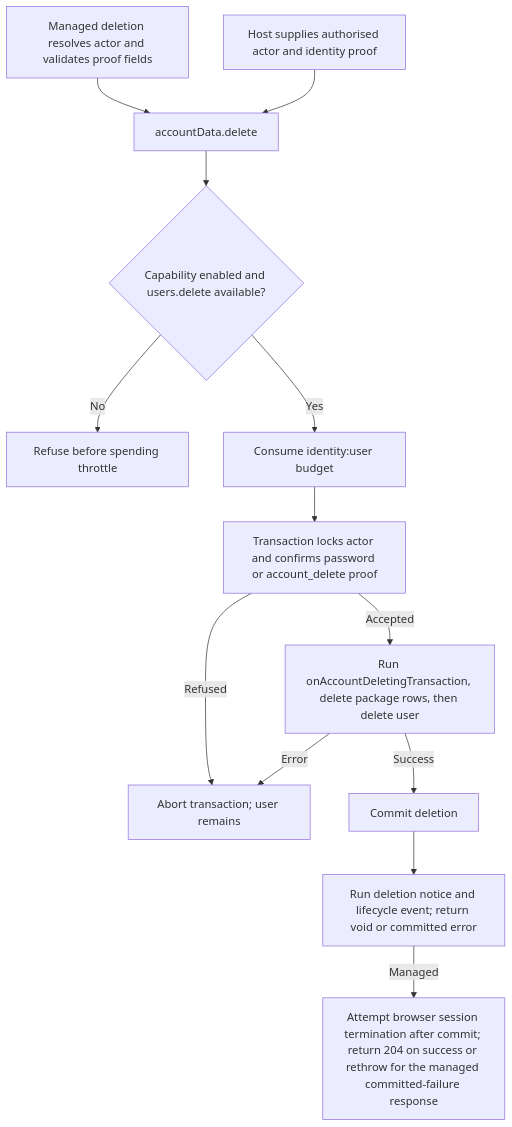
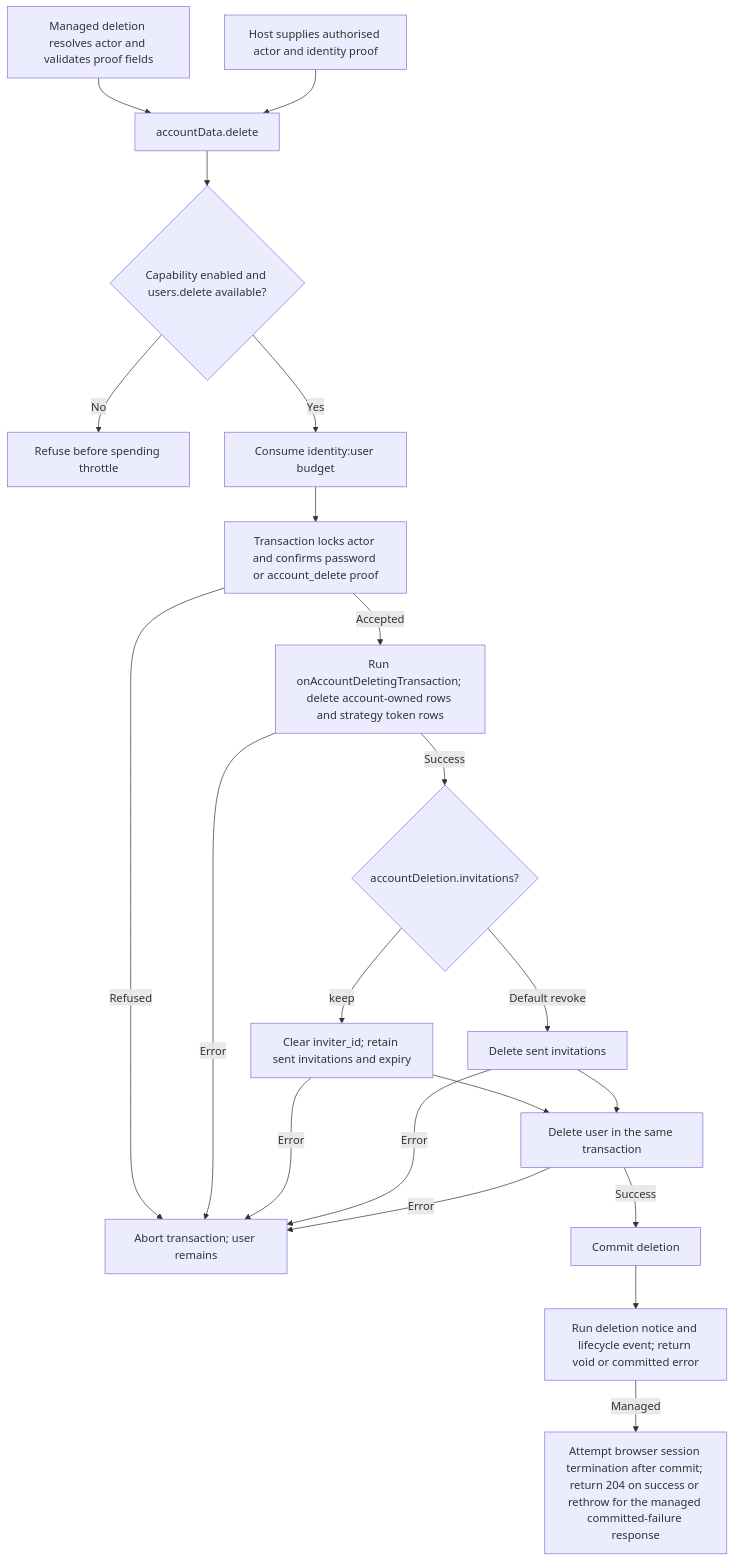
Before and after one commit to Kevinjohn/oss-adonisjs-account-kit: the second of 2 diagrams in user-stories/US-ACCOUNT-19-delete-account.md, drawn with Mermaid. The commit also changed other lines of this file and 3 other files, not shown here.

Commit message:
Correct source-backed user story flow details

````diff
--- a/user-stories/US-ACCOUNT-19-delete-account.md
+++ b/user-stories/US-ACCOUNT-19-delete-account.md
@@ -30,15 +36,23 @@
 ```mermaid
 flowchart TD
   M["Managed deletion resolves actor and validates proof fields"] --> A["accountData.delete"]
   H0["Host supplies authorised actor and identity proof"] --> A
   A --> B{"Capability enabled and users.delete available?"}
   B -->|No| D0["Refuse before spending throttle"]
   B -->|Yes| T["Consume identity:user budget"]
   T --> C["Transaction locks actor and confirms password or account_delete proof"]
   C -->|Refused| D["Abort transaction; user remains"]
-  C -->|Accepted| E["Run onAccountDeletingTransaction, delete package rows, then delete user"]
+  C -->|Accepted| E["Run onAccountDeletingTransaction; delete account-owned rows and strategy token rows"]
   E -->|Error| D
-  E -->|Success| F["Commit deletion"]
+  E -->|Success| INV{"accountDeletion.invitations?"}
+  INV -->|keep| KEEP["Clear inviter_id; retain sent invitations and expiry"]
+  INV -->|Default revoke| REVOKE["Delete sent invitations"]
+  KEEP --> USER["Delete user in the same transaction"]
+  REVOKE --> USER
+  KEEP -->|Error| D
+  REVOKE -->|Error| D
+  USER -->|Error| D
+  USER -->|Success| F["Commit deletion"]
   F --> G["Run deletion notice and lifecycle event; return void or committed error"]
   G -->|Managed| H["Attempt browser session termination after commit; return 204 on success or rethrow for the managed committed-failure response"]
 ```
````
